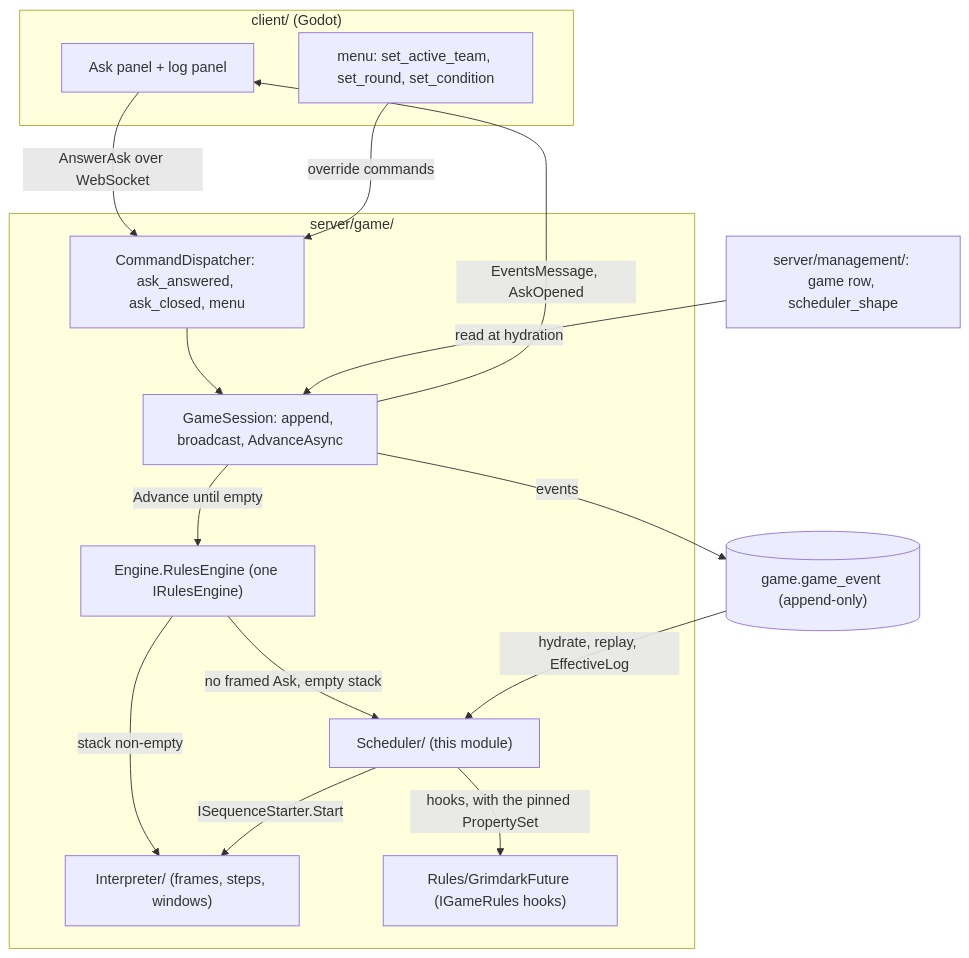
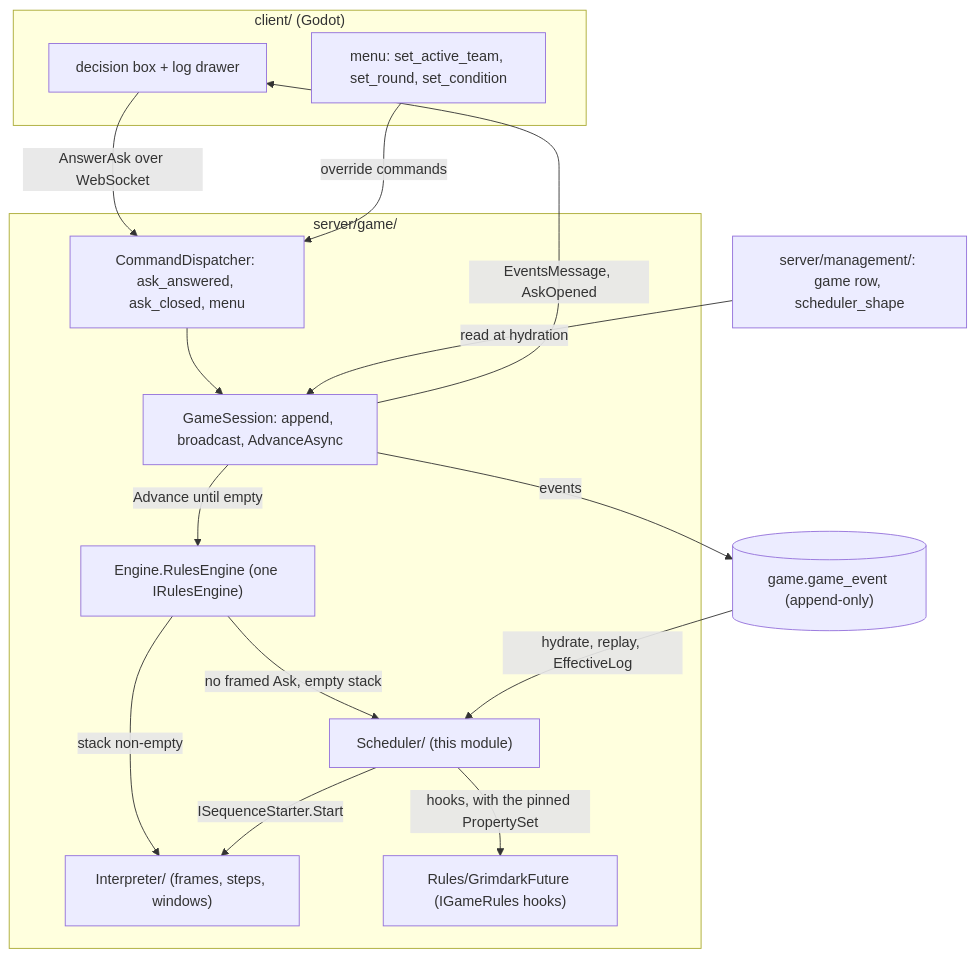
One commit to cstupi/tabletop changed the first of 10 diagrams in docs/design/scheduler/design.md. Above: the diagram before and after it, drawn with Mermaid. The commit also changed other lines of this file and 10 other files, not shown here.

````diff
--- a/docs/design/scheduler/design.md
+++ b/docs/design/scheduler/design.md
@@ -68,30 +68,30 @@
 ```mermaid
 flowchart TD
     subgraph client["client/ (Godot)"]
-        Panel["Ask panel + log panel"]
+        Panel["decision box + log drawer"]
         Menu["menu: set_active_team, set_round, set_condition"]
     end
     subgraph gameserver["server/game/"]
         Session["GameSession: append, broadcast, AdvanceAsync"]
         Dispatcher["CommandDispatcher: ask_answered, ask_closed, menu"]
         Engine["Engine.RulesEngine (one IRulesEngine)"]
         Sched["Scheduler/ (this module)"]
         Interp["Interpreter/ (frames, steps, windows)"]
         Rules["Rules/GrimdarkFuture (IGameRules hooks)"]
     end
     Log[("game.game_event (append-only)")]
     Mgmt["server/management/: game row, scheduler_shape"]
 
     Panel -->|"AnswerAsk over WebSocket"| Dispatcher
     Menu -->|"override commands"| Dispatcher
     Dispatcher --> Session
     Session -->|"Advance until empty"| Engine
     Engine -->|"no framed Ask, empty stack"| Sched
     Engine -->|"stack non-empty"| Interp
     Sched -->|"ISequenceStarter.Start"| Interp
     Sched -->|"hooks, with the pinned PropertySet"| Rules
     Session -->|"events"| Log
     Log -->|"hydrate, replay, EffectiveLog"| Sched
     Mgmt -->|"read at hydration"| Session
     Session -->|"EventsMessage, AskOpened"| Panel
 ```
````
